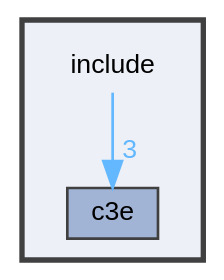
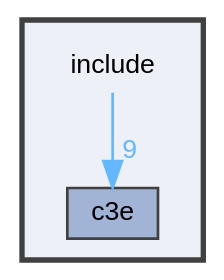
The diagram in docs/dir_d44c64559bbebec7f509842c48db8b23_dep.dot (nthnn/c3e), drawn with Graphviz before and after one commit. The commit also changed 73 other files, not shown here.

```diff
--- a/docs/dir_d44c64559bbebec7f509842c48db8b23_dep.dot
+++ b/docs/dir_d44c64559bbebec7f509842c48db8b23_dep.dot
@@ -1,14 +1,14 @@
 digraph "include"
 {
  // LATEX_PDF_SIZE
   bgcolor="transparent";
   edge [fontname=Helvetica,fontsize=10,labelfontname=Helvetica,labelfontsize=10];
   node [fontname=Helvetica,fontsize=10,shape=box,height=0.2,width=0.4];
   compound=true
   subgraph clusterdir_d44c64559bbebec7f509842c48db8b23 {
     graph [ bgcolor="#edf0f7", pencolor="grey25", label="", fontname=Helvetica,fontsize=10 style="filled,bold", URL="dir_d44c64559bbebec7f509842c48db8b23.html",tooltip=""]
     dir_d44c64559bbebec7f509842c48db8b23 [shape=plaintext, label="include"];
   dir_464e5f05530434acb59173749fbb85a9 [label="c3e", fillcolor="#a2b4d6", color="grey25", style="filled", URL="dir_464e5f05530434acb59173749fbb85a9.html",tooltip=""];
   }
-  dir_d44c64559bbebec7f509842c48db8b23->dir_464e5f05530434acb59173749fbb85a9 [headlabel="3", labeldistance=1.5 headhref="dir_000002_000001.html" href="dir_000002_000001.html" color="steelblue1" fontcolor="steelblue1"];
+  dir_d44c64559bbebec7f509842c48db8b23->dir_464e5f05530434acb59173749fbb85a9 [headlabel="9", labeldistance=1.5 headhref="dir_000002_000001.html" href="dir_000002_000001.html" color="steelblue1" fontcolor="steelblue1"];
 }
```
